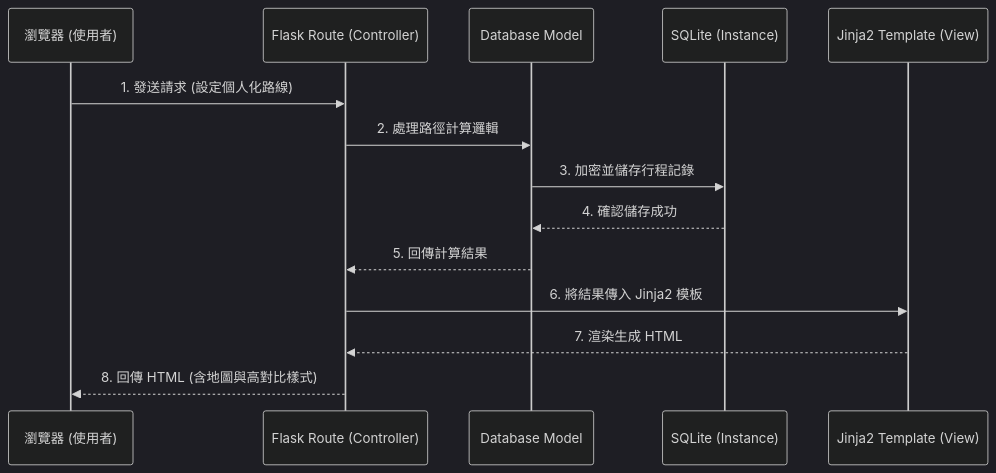
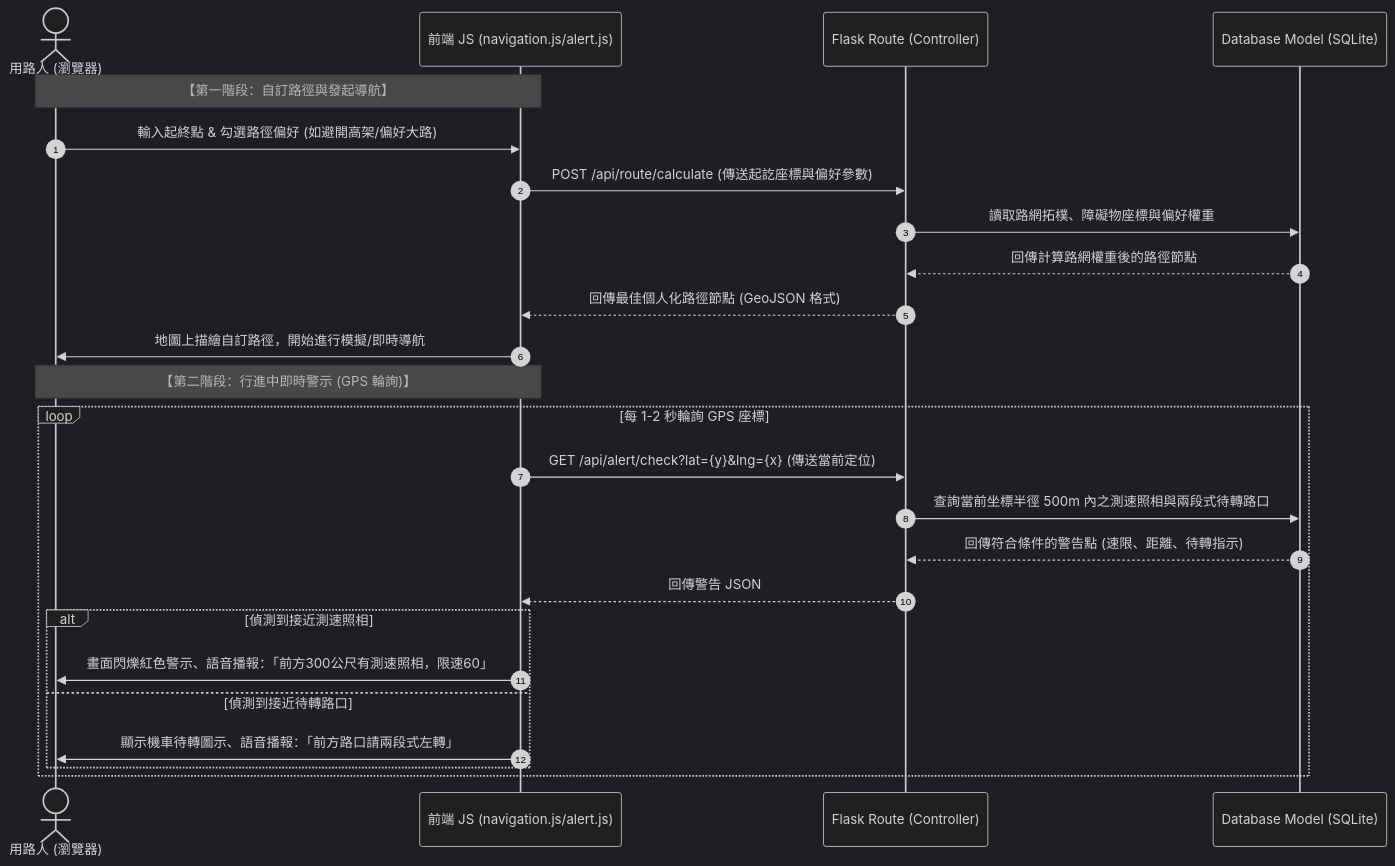
The diagram in docs/ARCHITECTURE.md (tela1111222-spec/googlemaps), drawn with Mermaid (dark theme) before and after one commit. The commit also changed other lines of this file, not shown here.

Commit message:
docs: add system architecture

````diff
--- a/docs/ARCHITECTURE.md
+++ b/docs/ARCHITECTURE.md
@@ -53,17 +67,29 @@
 ```mermaid
 sequenceDiagram
-    participant Browser as 瀏覽器 (使用者)
-    participant Route as Flask Route (Controller)
-    participant Model as Database Model
-    participant DB as SQLite (Instance)
-    participant Template as Jinja2 Template (View)
-
-    Browser->>Route: 1. 發送請求 (設定個人化路線)
-    Route->>Model: 2. 處理路徑計算邏輯
-    Model->>DB: 3. 加密並儲存行程記錄
-    DB-->>Model: 4. 確認儲存成功
-    Model-->>Route: 5. 回傳計算結果
-    Route->>Template: 6. 將結果傳入 Jinja2 模板
-    Template-->>Route: 7. 渲染生成 HTML
-    Route-->>Browser: 8. 回傳 HTML (含地圖與高對比樣式)
+    autonumber
+    actor User as 用路人 (瀏覽器)
+    participant MapJS as 前端 JS (navigation.js/alert.js)
+    participant Flask as Flask Route (Controller)
+    participant Model as Database Model (SQLite)
+    
+    Note over User, MapJS: 【第一階段：自訂路徑與發起導航】
+    User->>MapJS: 輸入起終點 & 勾選路徑偏好 (如避開高架/偏好大路)
+    MapJS->>Flask: POST /api/route/calculate (傳送起訖座標與偏好參數)
+    Flask->>Model: 讀取路網拓樸、障礙物座標與偏好權重
+    Model-->>Flask: 回傳計算路網權重後的路徑節點
+    Flask-->>MapJS: 回傳最佳個人化路徑節點 (GeoJSON 格式)
+    MapJS->>User: 地圖上描繪自訂路徑，開始進行模擬/即時導航
+    
+    Note over User, MapJS: 【第二階段：行進中即時警示 (GPS 輪詢)】
+    loop 每 1-2 秒輪詢 GPS 座標
+        MapJS->>Flask: GET /api/alert/check?lat={y}&lng={x} (傳送當前定位)
+        Flask->>Model: 查詢當前坐標半徑 500m 內之測速照相與兩段式待轉路口
+        Model-->>Flask: 回傳符合條件的警告點 (速限、距離、待轉指示)
+        Flask-->>MapJS: 回傳警告 JSON
+        alt 偵測到接近測速照相
+            MapJS->>User: 畫面閃爍紅色警示、語音播報：「前方300公尺有測速照相，限速60」
+        else 偵測到接近待轉路口
+            MapJS->>User: 顯示機車待轉圖示、語音播報：「前方路口請兩段式左轉」
+        end
+    end
 ```
````
